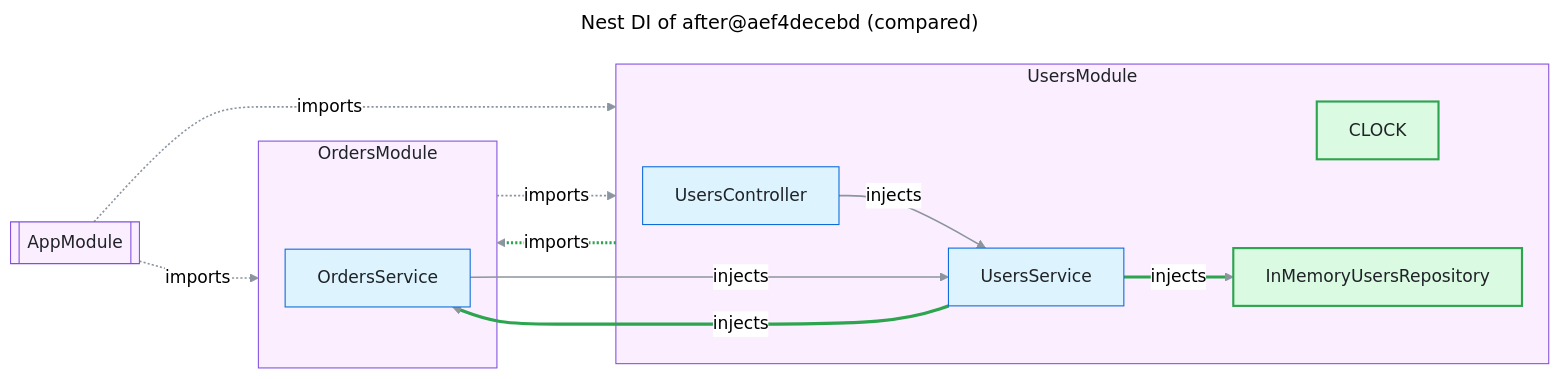
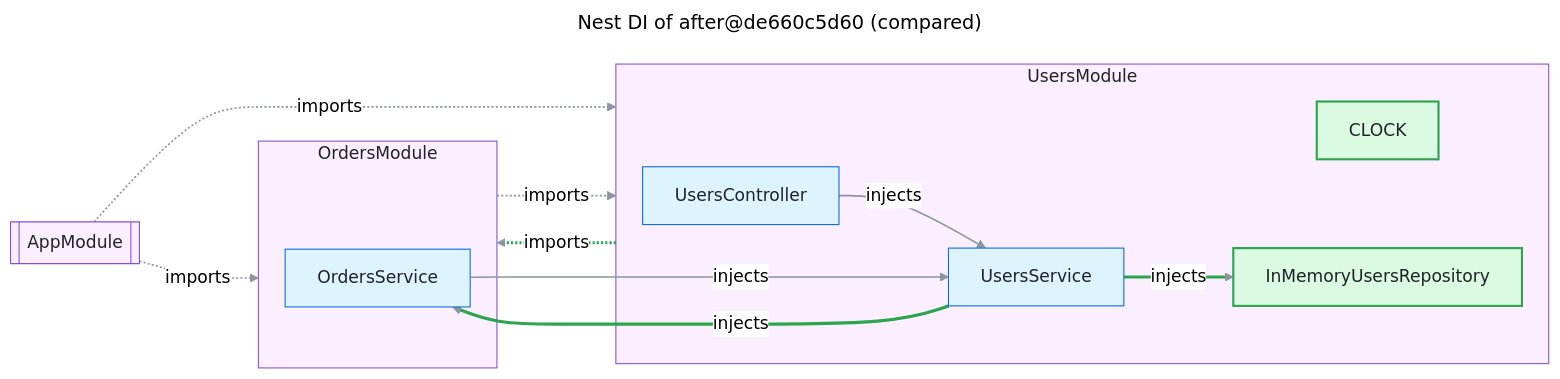
Before and after one commit to FullFran/archsieve: the diagram in examples/nest-shop/nest-compare.mmd, drawn with Mermaid (neutral theme). The commit also changed 43 other files, not shown here.

```diff
--- a/examples/nest-shop/nest-compare.mmd
+++ b/examples/nest-shop/nest-compare.mmd
@@ -1,38 +1,38 @@
 ---
-title: "Nest DI of after@aef4decebd (compared)"
+title: "Nest DI of after@de660c5d60 (compared)"
 ---
 flowchart LR
   n1[["AppModule"]]:::module
   subgraph n2["OrdersModule"]
     n4["OrdersService"]:::code
   end
   style n2 fill:#fbefff,stroke:#8250df,color:#1f2328
   subgraph n3["UsersModule"]
     n0["UsersController"]:::code
     n5["CLOCK"]:::added
     n6["InMemoryUsersRepository"]:::added
     n7["UsersService"]:::code
   end
   style n3 fill:#fbefff,stroke:#8250df,color:#1f2328
   n0 -->|"injects"| n7
   n1 -.->|"imports"| n2
   n1 -.->|"imports"| n3
   n2 -.->|"imports"| n3
   n3 -.->|"imports"| n2
   n4 -->|"injects"| n7
   n7 -->|"injects"| n4
   n7 -->|"injects"| n6
   linkStyle default stroke:#8c959f,stroke-width:1.5px
   linkStyle 4 stroke:#2da44e,stroke-width:3px
   linkStyle 6 stroke:#2da44e,stroke-width:3px
   linkStyle 7 stroke:#2da44e,stroke-width:3px
   classDef code fill:#ddf4ff,stroke:#0969da,color:#1f2328
   classDef external fill:#fff8c5,stroke:#9a6700,color:#1f2328
   classDef module fill:#fbefff,stroke:#8250df,color:#1f2328
   classDef added fill:#dafbe1,stroke:#2da44e,stroke-width:2px,color:#1f2328
   classDef removed fill:#ffebe9,stroke:#cf222e,stroke-dasharray:4 3,color:#1f2328
   classDef boundary fill:#f6f8fa,stroke:#57606a,stroke-dasharray:6 4,color:#1f2328
   classDef container fill:#ddf4ff,stroke:#0969da,stroke-width:2px,color:#1f2328
   classDef unverified fill:#ffffff,stroke:#0969da,stroke-width:2px,stroke-dasharray:5 3,color:#1f2328
   classDef undeclared fill:#fff1e5,stroke:#bc4c00,stroke-width:2px,color:#1f2328
   classDef focus fill:#ddf4ff,stroke:#0969da,stroke-width:4px,color:#1f2328
```
